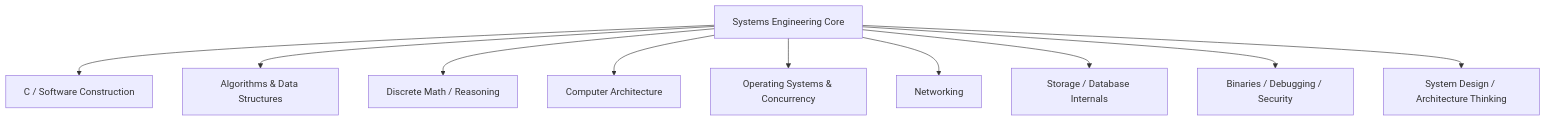
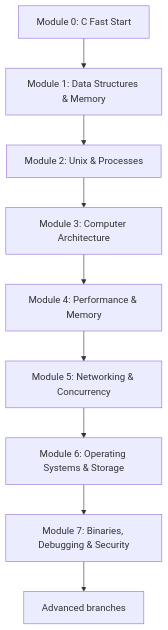
The second of 2 diagrams in SYSTEMS_ENGINEERING_ROADMAP.md (Ramzes8981/project-based-learning), drawn with Mermaid before and after one commit. The commit also changed other lines of this file, not shown here.

Commit message:
make roadmap a high-level map and point to canonical course

````diff
--- a/SYSTEMS_ENGINEERING_ROADMAP.md
+++ b/SYSTEMS_ENGINEERING_ROADMAP.md
@@ -63,13 +53,11 @@
 ```mermaid
 flowchart TD
-    ENG[Systems Engineering Core]
-    ENG --> C[C / Software Construction]
-    ENG --> ADS[Algorithms & Data Structures]
-    ENG --> DM[Discrete Math / Reasoning]
-    ENG --> ARCH[Computer Architecture]
-    ENG --> OS[Operating Systems & Concurrency]
-    ENG --> NET[Networking]
-    ENG --> STORE[Storage / Database Internals]
-    ENG --> BIN[Binaries / Debugging / Security]
-    ENG --> SD[System Design / Architecture Thinking]
+    M0[Module 0: C Fast Start] --> M1[Module 1: Data Structures & Memory]
+    M1 --> M2[Module 2: Unix & Processes]
+    M2 --> M3[Module 3: Computer Architecture]
+    M3 --> M4[Module 4: Performance & Memory]
+    M4 --> M5[Module 5: Networking & Concurrency]
+    M5 --> M6[Module 6: Operating Systems & Storage]
+    M6 --> M7[Module 7: Binaries, Debugging & Security]
+    M7 --> ADV[Advanced branches]
 ```
````
